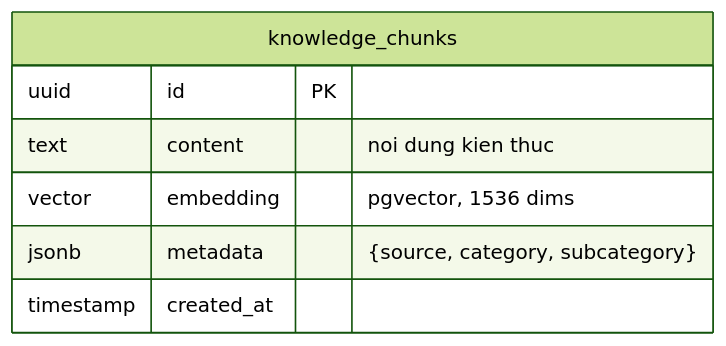
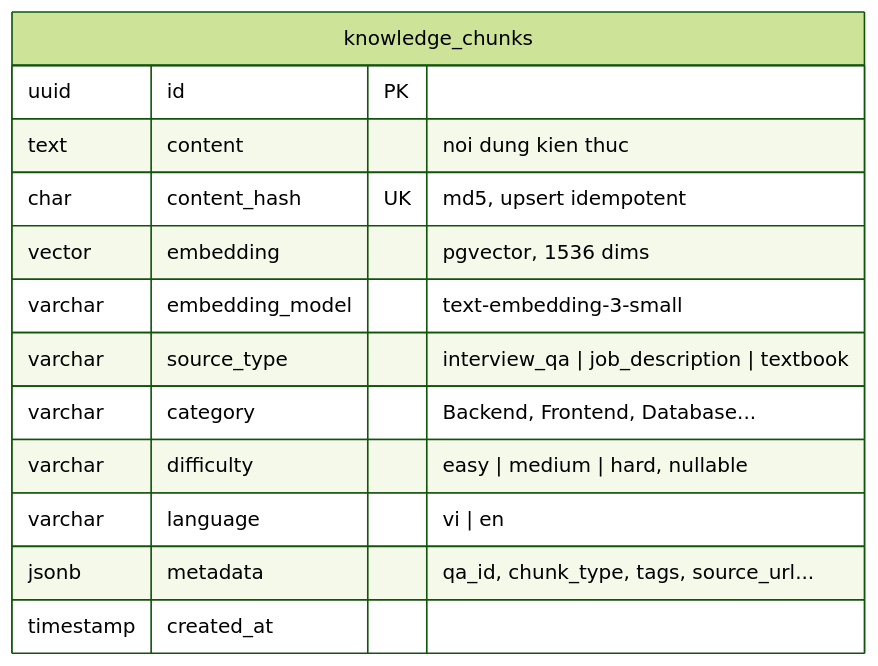
Before and after one commit to minhtuann1102/ai-recruitment-platform: the fifth of 5 diagrams in docs/architecture/data-model.md, drawn with Mermaid (forest theme). The commit also changed other lines of this file and 3 other files, not shown here.

Commit message:
docs: add RAG design (S0-AIE-3), update ai_db schema

````diff
--- a/docs/architecture/data-model.md
+++ b/docs/architecture/data-model.md
@@ -264,10 +264,16 @@
 ```mermaid
 erDiagram
     knowledge_chunks {
         uuid id PK
         text content "noi dung kien thuc"
+        char content_hash UK "md5, upsert idempotent"
         vector embedding "pgvector, 1536 dims"
-        jsonb metadata "{source, category, subcategory}"
+        varchar embedding_model "text-embedding-3-small"
+        varchar source_type "interview_qa | job_description | textbook"
+        varchar category "Backend, Frontend, Database..."
+        varchar difficulty "easy | medium | hard, nullable"
+        varchar language "vi | en"
+        jsonb metadata "qa_id, chunk_type, tags, source_url..."
         timestamp created_at
     }
 ```
````
